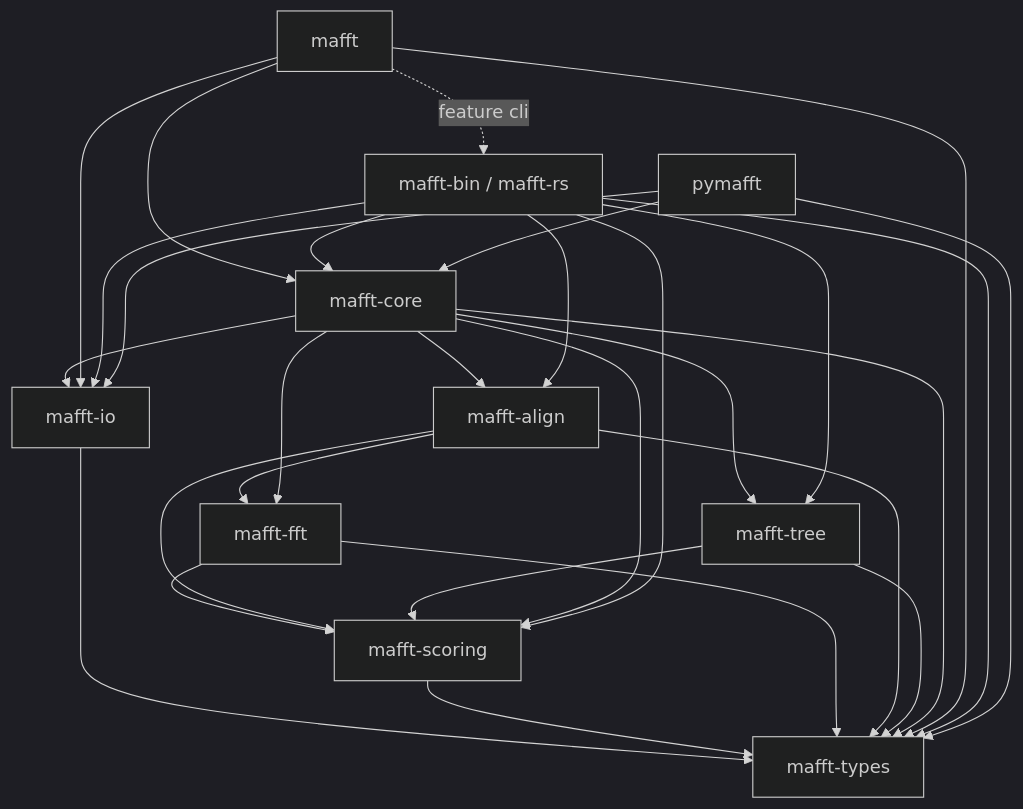
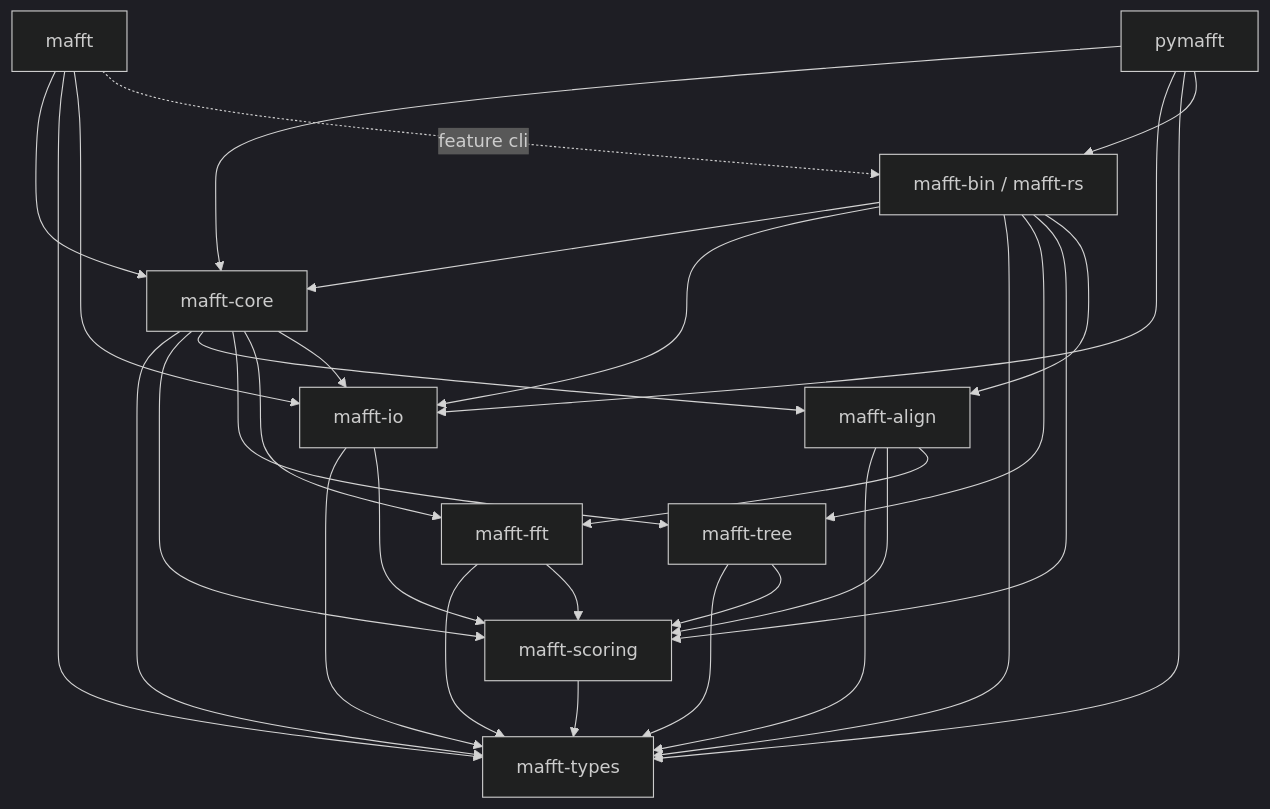
One commit to luksgrin/rust-MAFFT changed the diagram in docs/architecture/workspace.md. Above: the diagram before and after it, drawn with Mermaid (dark theme). The commit also changed other lines of this file and 7 other files, not shown here.

````diff
--- a/docs/architecture/workspace.md
+++ b/docs/architecture/workspace.md
@@ -26,14 +26,14 @@
 ```mermaid
 flowchart TD
     types[mafft-types]
-    io[mafft-io] --> types
     scoring[mafft-scoring] --> types
+    io[mafft-io] --> types & scoring
     fft[mafft-fft] --> types & scoring
     align[mafft-align] --> types & scoring & fft
     tree[mafft-tree] --> types & scoring
     core[mafft-core] --> types & scoring & align & tree & fft & io
     mafft[mafft] --> core & types & io
     mafft -. feature cli .-> bin
     bin[mafft-bin / mafft-rs] --> core & io & types & tree & scoring & align
-    pymafft[pymafft] --> core & io & types
+    pymafft[pymafft] --> core & io & types & bin
 ```
````
